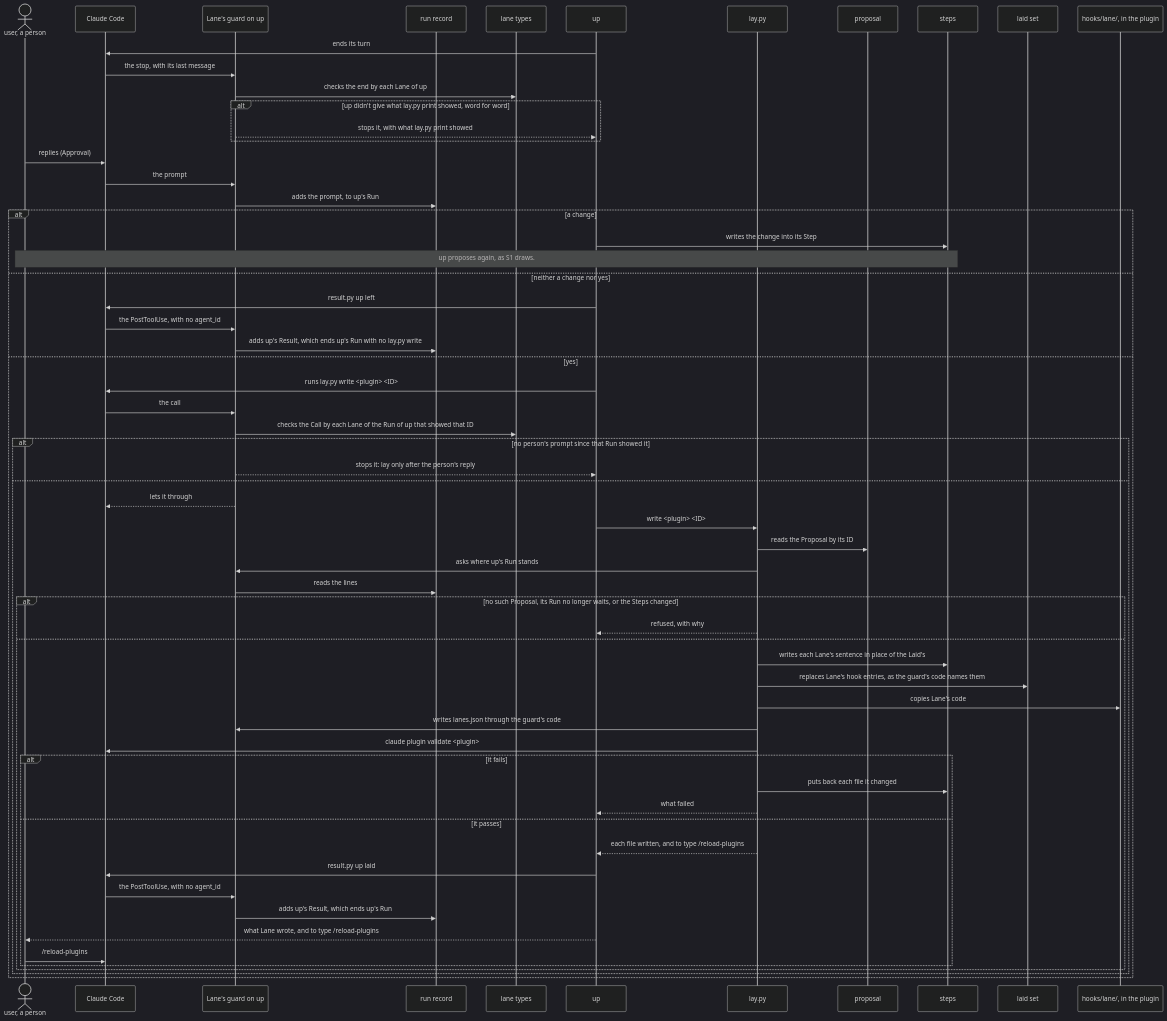
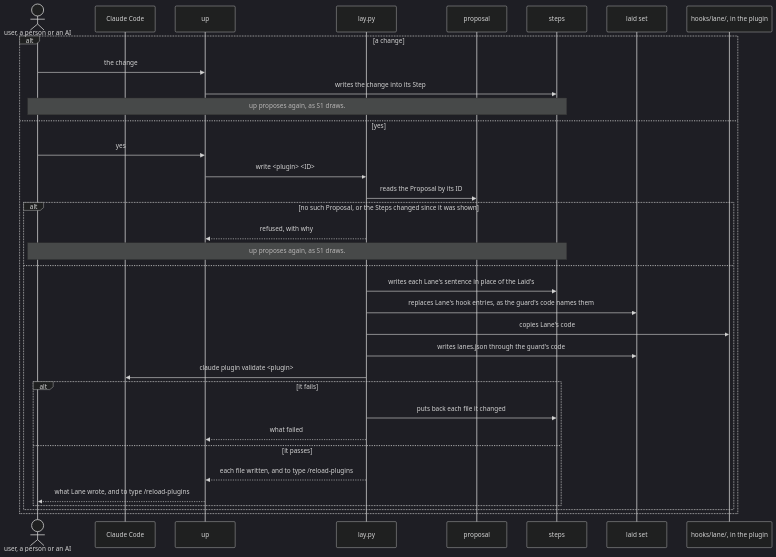
The second of 6 diagrams in dev/lane/architecture.md (lovaizu/ccpm), drawn with Mermaid (dark theme) before and after one commit. The commit also changed other lines of this file and 4 other files, not shown here.

````diff
--- a/dev/lane/architecture.md
+++ b/dev/lane/architecture.md
@@ -260,64 +230,37 @@
 ```mermaid
 sequenceDiagram
-  actor U as user, a person
+  actor U as user, a person or an AI
   participant CC as Claude Code
-  participant G as Lane's guard on up
-  participant RS as run record
-  participant T as lane types
   participant UP as up
   participant L as lay.py
   participant P as proposal
   participant ST as steps
   participant LS as laid set
   participant HL as hooks/lane/, in the plugin
-  UP->>CC: ends its turn
-  CC->>G: the stop, with its last message
-  G->>T: checks the end by each Lane of up
-  alt up didn't give what lay.py print showed, word for word
-    G-->>UP: stops it, with what lay.py print showed
-  end
-  U->>CC: replies (Approval)
-  CC->>G: the prompt
-  G->>RS: adds the prompt, to up's Run
   alt a change
+    U->>UP: the change
     UP->>ST: writes the change into its Step
     Note over U,ST: up proposes again, as S1 draws.
-  else neither a change nor yes
-    UP->>CC: result.py up left
-    CC->>G: the PostToolUse, with no agent_id
-    G->>RS: adds up's Result, which ends up's Run with no lay.py write
   else yes
-    UP->>CC: runs lay.py write <plugin> <ID>
-    CC->>G: the call
-    G->>T: checks the Call by each Lane of the Run of up that showed that ID
-    alt no person's prompt since that Run showed it
-      G-->>UP: stops it: lay only after the person's reply
+    U->>UP: yes
+    UP->>L: write <plugin> <ID>
+    L->>P: reads the Proposal by its ID
+    alt no such Proposal, or the Steps changed since it was shown
+      L-->>UP: refused, with why
+      Note over U,ST: up proposes again, as S1 draws.
     else
-      G-->>CC: lets it through
-      UP->>L: write <plugin> <ID>
-      L->>P: reads the Proposal by its ID
-      L->>G: asks where up's Run stands
-      G->>RS: reads the lines
-      alt no such Proposal, its Run no longer waits, or the Steps changed
-        L-->>UP: refused, with why
-      else
-        L->>ST: writes each Lane's sentence in place of the Laid's
-        L->>LS: replaces Lane's hook entries, as the guard's code names them
-        L->>HL: copies Lane's code
-        L->>G: writes lanes.json through the guard's code
-        L->>CC: claude plugin validate <plugin>
-        alt it fails
-          L->>ST: puts back each file it changed
-          L-->>UP: what failed
-        else it passes
-          L-->>UP: each file written, and to type /reload-plugins
-          UP->>CC: result.py up laid
-          CC->>G: the PostToolUse, with no agent_id
-          G->>RS: adds up's Result, which ends up's Run
-          UP-->>U: what Lane wrote, and to type /reload-plugins
-          U->>CC: /reload-plugins
-        end
+      L->>ST: writes each Lane's sentence in place of the Laid's
+      L->>LS: replaces Lane's hook entries, as the guard's code names them
+      L->>HL: copies Lane's code
+      L->>LS: writes lanes.json through the guard's code
+      L->>CC: claude plugin validate <plugin>
+      alt it fails
+        L->>ST: puts back each file it changed
+        L-->>UP: what failed
+      else it passes
+        L-->>UP: each file written, and to type /reload-plugins
+        UP-->>U: what Lane wrote, and to type /reload-plugins
       end
     end
   end
 ```
````
